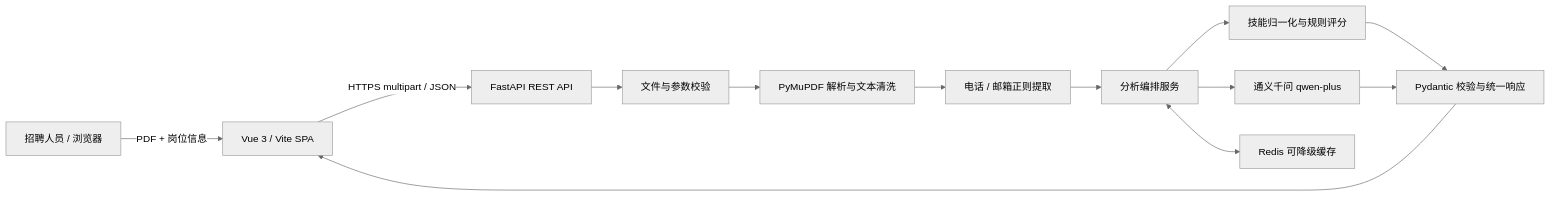
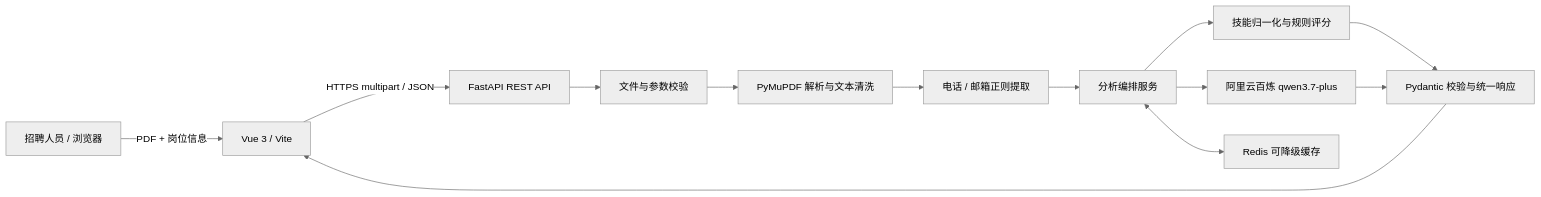
The first of 2 diagrams in README.md (ZYZ666-RGB/ai-resume-analyzer), drawn with Mermaid (neutral theme) before and after one commit. The commit also changed other lines of this file, not shown here.

````diff
--- a/README.md
+++ b/README.md
@@ -51,15 +136,15 @@
 ```mermaid
 flowchart LR
-    U["招聘人员 / 浏览器"] -->|"PDF + 岗位信息"| V["Vue 3 / Vite SPA"]
+    U["招聘人员 / 浏览器"] -->|"PDF + 岗位信息"| V["Vue 3 / Vite"]
     V -->|"HTTPS multipart / JSON"| API["FastAPI REST API"]
     API --> VALID["文件与参数校验"]
     VALID --> PDF["PyMuPDF 解析与文本清洗"]
     PDF --> REGEX["电话 / 邮箱正则提取"]
     REGEX --> ORCH["分析编排服务"]
     ORCH --> RULE["技能归一化与规则评分"]
-    ORCH --> AI["通义千问 qwen-plus"]
+    ORCH --> AI["阿里云百炼 qwen3.7-plus"]
     ORCH <--> CACHE["Redis 可降级缓存"]
     RULE --> RESULT["Pydantic 校验与统一响应"]
     AI --> RESULT
     RESULT --> V
 ```
````
